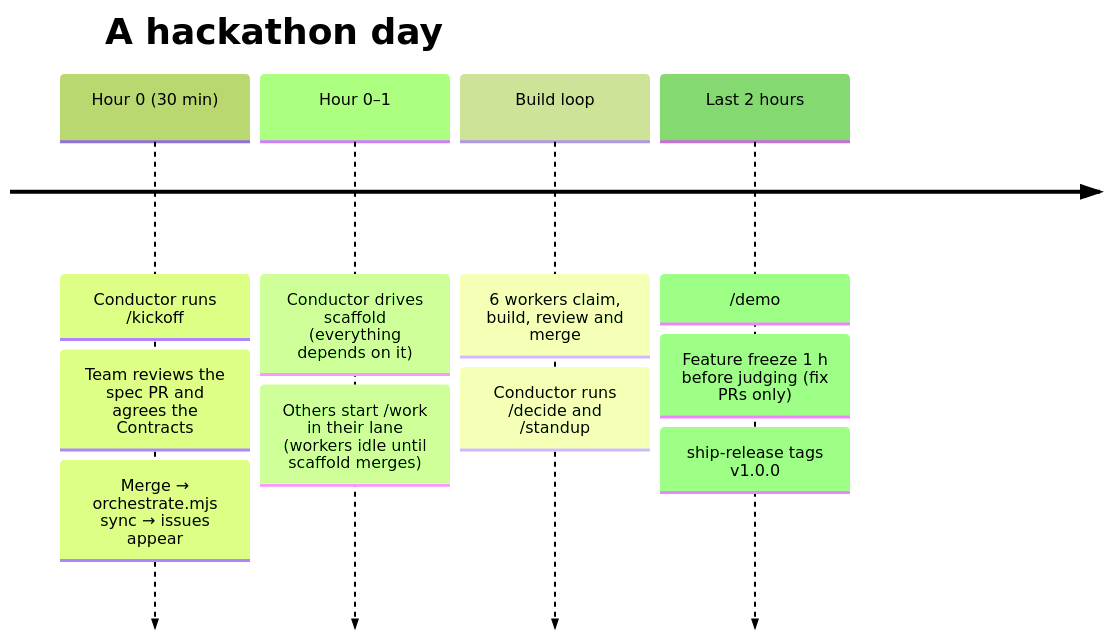
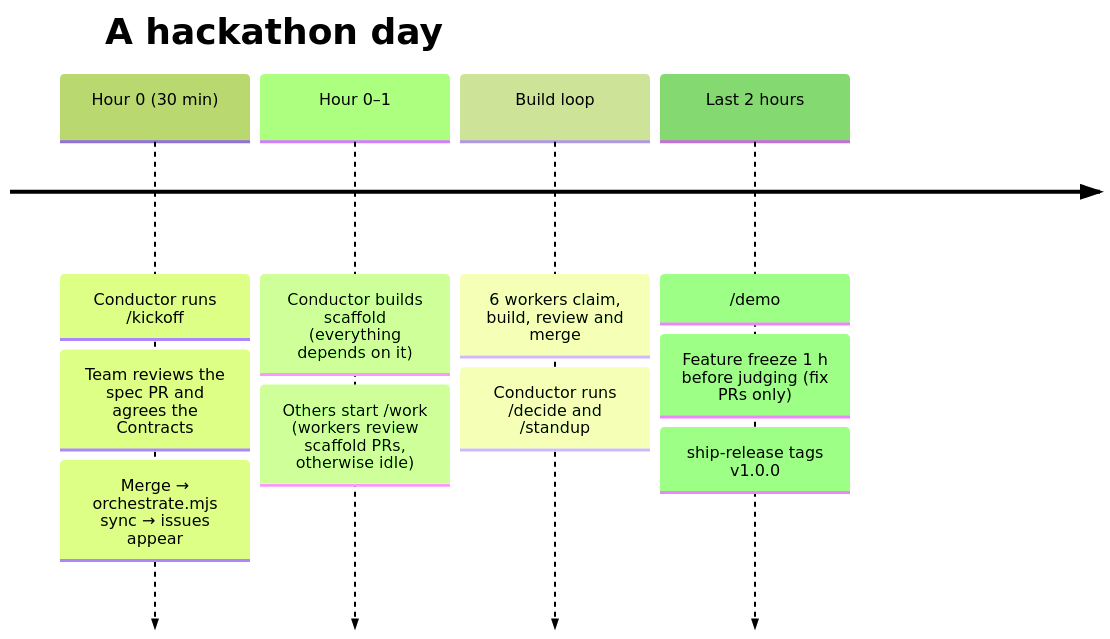
The fourth of 6 diagrams in README.md (KKogaa/hackathon-sdlc-kit), drawn with Mermaid (forest theme) before and after one commit. The commit also changed other lines of this file and 3 other files, not shown here.

````diff
--- a/README.md
+++ b/README.md
@@ -154,14 +155,14 @@
 ```mermaid
 timeline
     title A hackathon day
     Hour 0 (30 min) : Conductor runs /kickoff
                     : Team reviews the spec PR and agrees the Contracts
                     : Merge → orchestrate.mjs sync → issues appear
-    Hour 0–1        : Conductor drives scaffold (everything depends on it)
-                    : Others start /work in their lane (workers idle until scaffold merges)
+    Hour 0–1        : Conductor builds scaffold (everything depends on it)
+                    : Others start /work (workers review scaffold PRs, otherwise idle)
     Build loop      : 6 workers claim, build, review and merge
                     : Conductor runs /decide and /standup
     Last 2 hours    : /demo
                     : Feature freeze 1 h before judging (fix PRs only)
                     : ship-release tags v1.0.0
 ```
````
